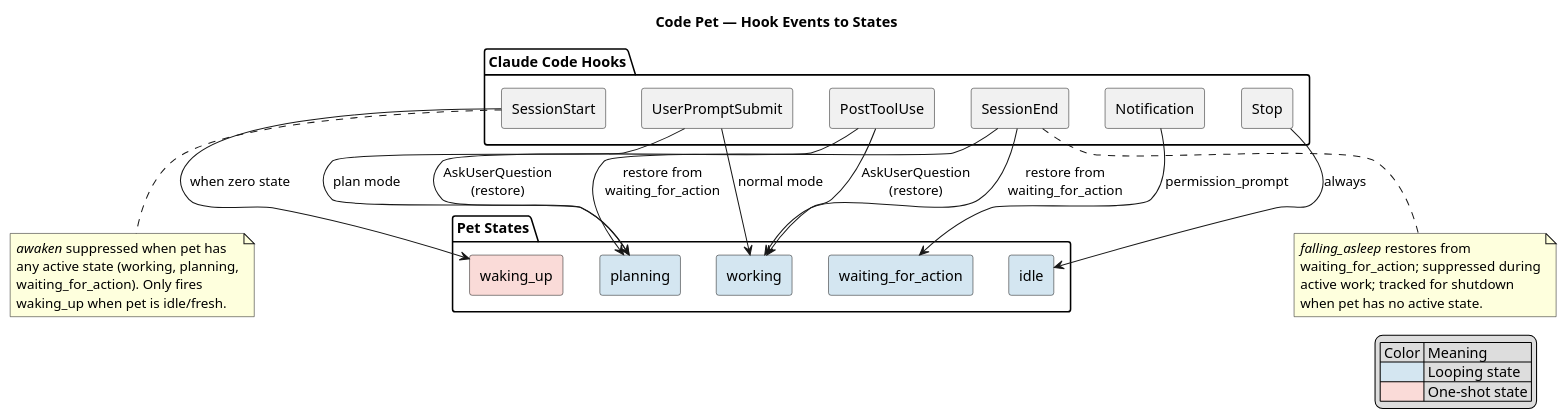
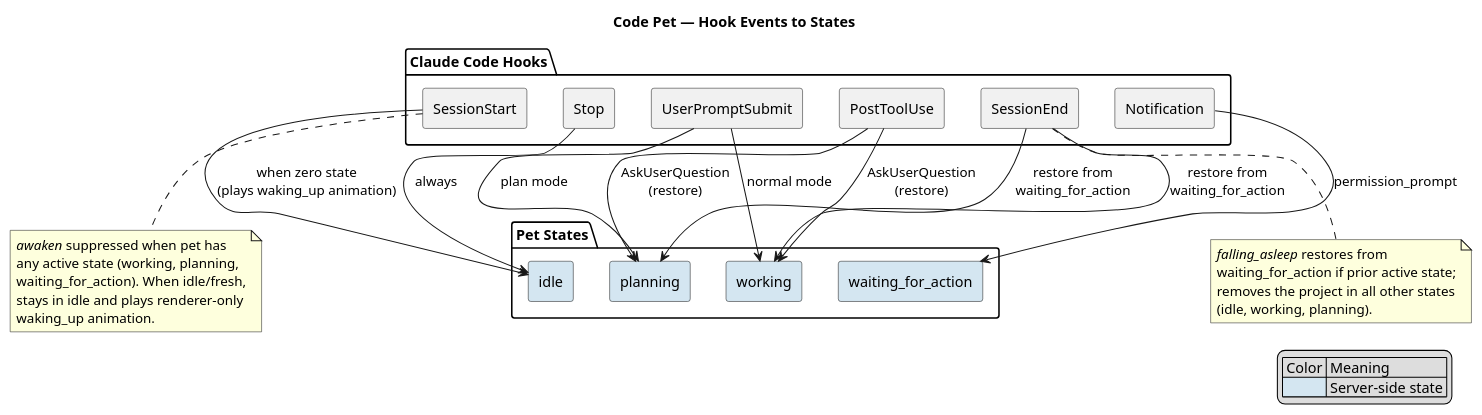
One commit to mradovic95/code-pet changed the second of 2 diagrams in docs/state-diagram.puml. Above: the diagram before and after it, drawn with PlantUML. The commit also changed other lines of this file and 23 other files, not shown here.

```diff
--- a/docs/state-diagram.puml
+++ b/docs/state-diagram.puml
@@ -63,53 +61,52 @@
 @startuml code-pet-events
 title Code Pet — Hook Events to States
 
 skinparam componentStyle rectangle
 
 package "Claude Code Hooks" {
   [SessionStart] as SS
   [SessionEnd] as SE
   [UserPromptSubmit] as PS
   [Notification] as NOTIF
   [PostToolUse] as PTU
   [Stop] as STOP
 }
 
 package "Pet States" {
-  [waking_up] #FADBD8
   [working] #D4E6F1
   [planning] #D4E6F1
   [waiting_for_action] #D4E6F1
   [idle] #D4E6F1
 }
 
-SS --> [waking_up] : when zero state
+SS --> [idle] : when zero state\n(plays waking_up animation)
 SE --> [working] : restore from\nwaiting_for_action
 SE --> [planning] : restore from\nwaiting_for_action
 PS --> [working] : normal mode
 PS --> [planning] : plan mode
 NOTIF --> [waiting_for_action] : permission_prompt
 PTU --> [working] : AskUserQuestion\n(restore)
 PTU --> [planning] : AskUserQuestion\n(restore)
 STOP --> [idle] : always
 
 note bottom of SS
   //awaken// suppressed when pet has
   any active state (working, planning,
-  waiting_for_action). Only fires
-  waking_up when pet is idle/fresh.
+  waiting_for_action). When idle/fresh,
+  stays in idle and plays renderer-only
+  waking_up animation.
 end note
 
 note bottom of SE
   //falling_asleep// restores from
-  waiting_for_action; suppressed during
-  active work; tracked for shutdown
-  when pet has no active state.
+  waiting_for_action if prior active state;
+  removes the project in all other states
+  (idle, working, planning).
 end note
 
 legend right
   | Color | Meaning |
-  | <#D4E6F1> | Looping state |
-  | <#FADBD8> | One-shot state |
+  | <#D4E6F1> | Server-side state |
 end legend
 
 @enduml
```
